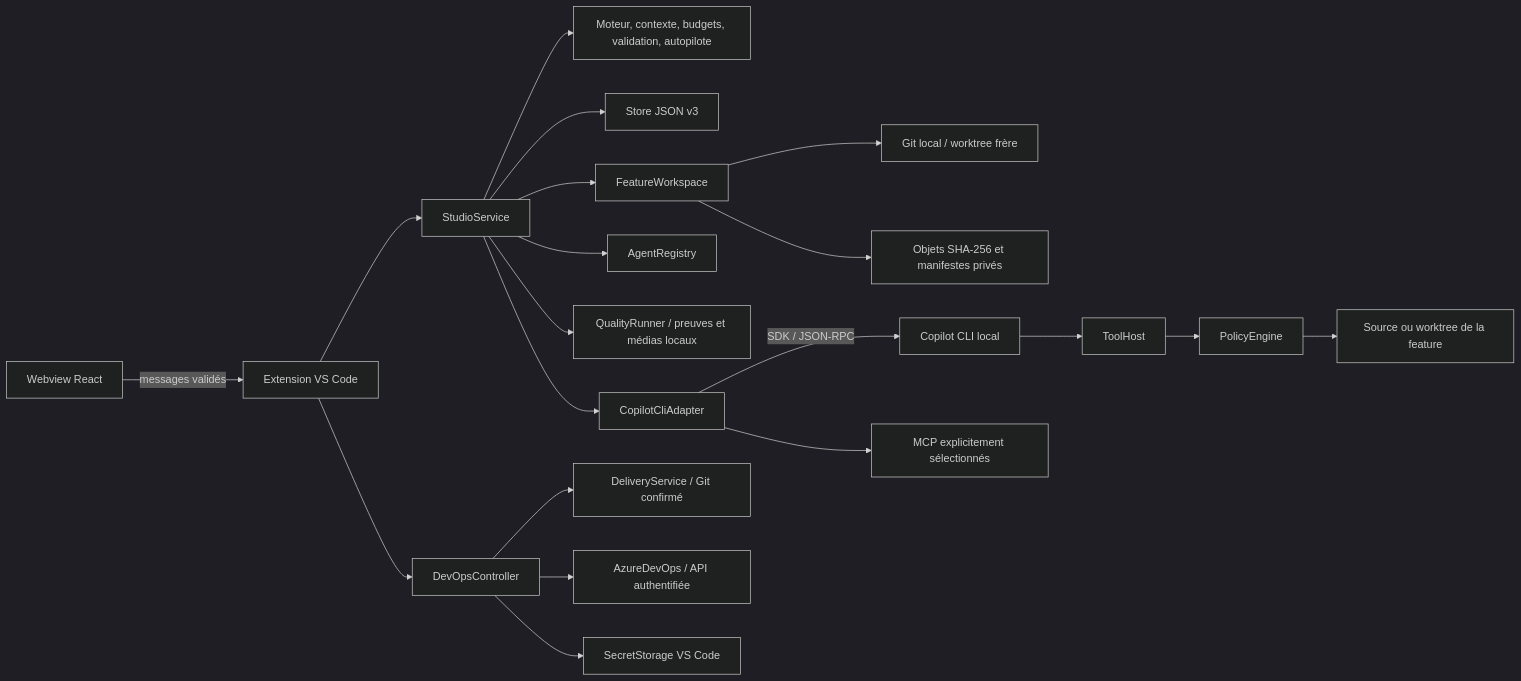
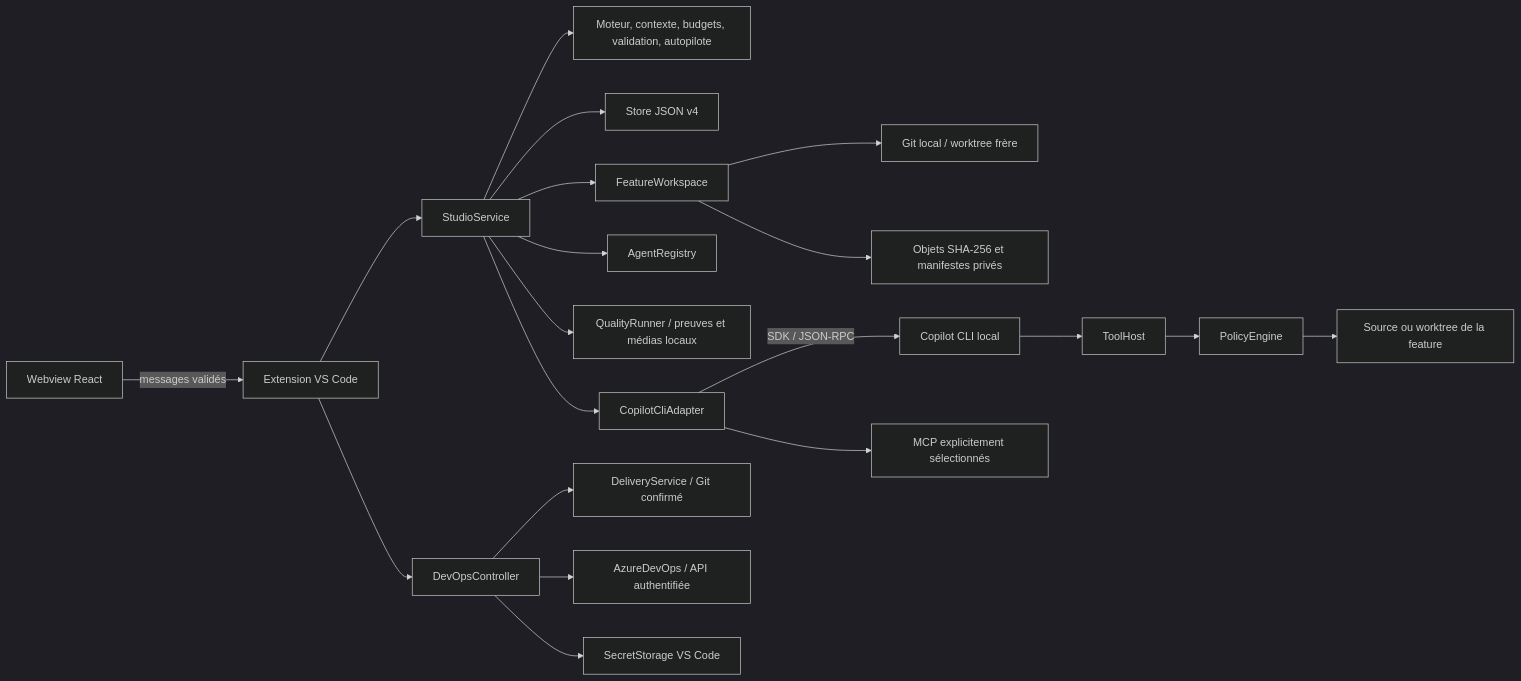
The diagram in docs/ARCHITECTURE.md (MattDevBzh/KerAI), drawn with Mermaid (dark theme) before and after one commit. The commit also changed other lines of this file and 49 other files, not shown here.

````diff
--- a/docs/ARCHITECTURE.md
+++ b/docs/ARCHITECTURE.md
@@ -5,22 +5,22 @@
 ```mermaid
 flowchart LR
     UI[Webview React] -->|messages validés| VS[Extension VS Code]
     VS --> Service[StudioService]
     Service --> Core[Moteur, contexte, budgets, validation, autopilote]
-    Service --> Store[Store JSON v3]
+    Service --> Store[Store JSON v4]
     Service --> GitSpace[FeatureWorkspace]
     GitSpace --> Git[Git local / worktree frère]
     GitSpace --> Points[Objets SHA-256 et manifestes privés]
     Service --> Registry[AgentRegistry]
     Service --> Quality[QualityRunner / preuves et médias locaux]
     VS --> DevOps[DevOpsController]
     DevOps --> Delivery[DeliveryService / Git confirmé]
     DevOps --> Boards[AzureDevOps / API authentifiée]
     DevOps --> Secrets[SecretStorage VS Code]
     Service --> Adapter[CopilotCliAdapter]
     Adapter -->|SDK / JSON-RPC| CLI[Copilot CLI local]
     CLI --> Tools[ToolHost]
     Tools --> Policy[PolicyEngine]
     Policy --> Files[Source ou worktree de la feature]
     Adapter --> MCP[MCP explicitement sélectionnés]
 ```
````
